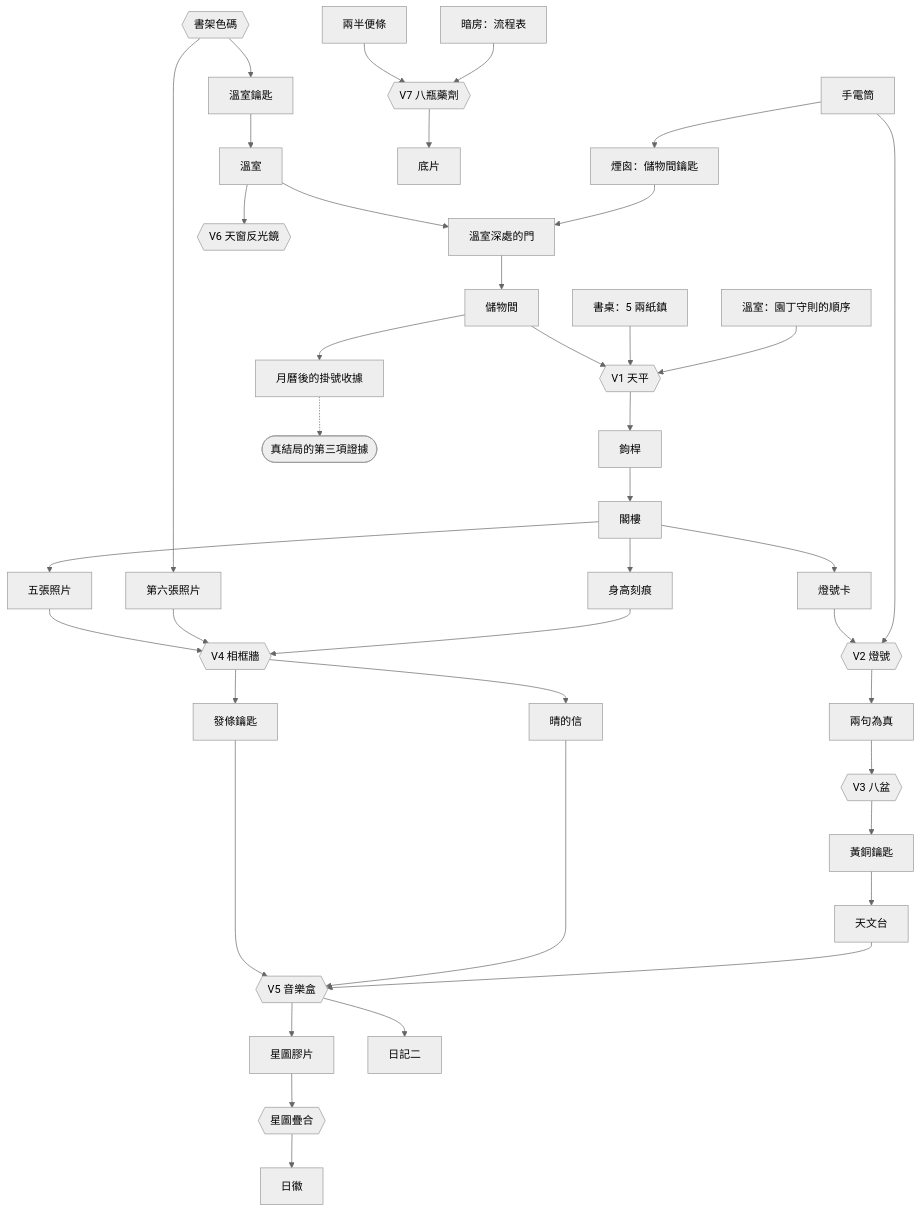
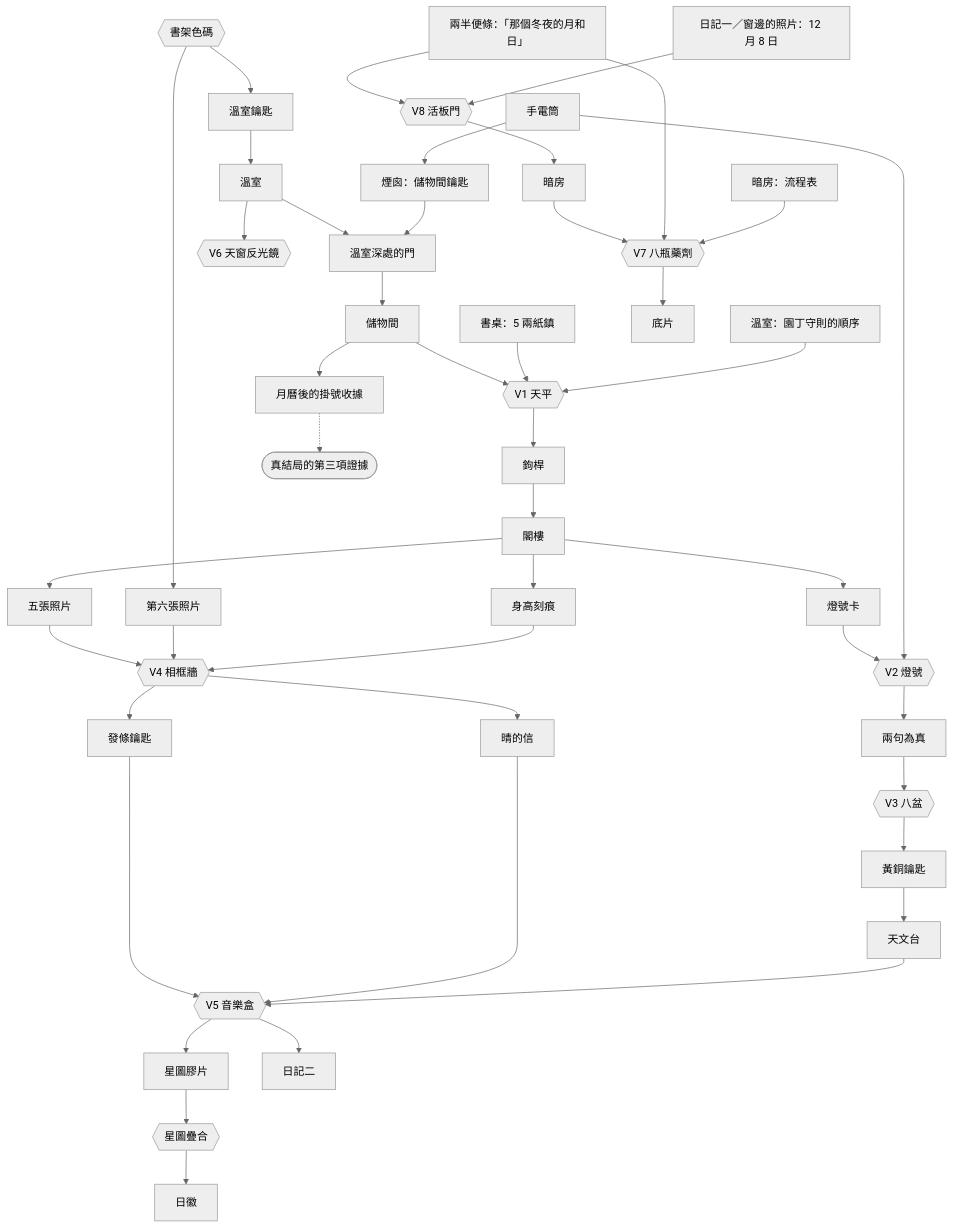
One commit to SteJ20996/Escape_Room changed the second of 2 diagrams in docs/DESIGN.md. Above: the diagram before and after it, drawn with Mermaid (neutral theme). The commit also changed other lines of this file and 14 other files, not shown here.

````diff
--- a/docs/DESIGN.md
+++ b/docs/DESIGN.md
@@ -235,19 +236,20 @@
 ```mermaid
 flowchart TD
   P1{{書架色碼}} --> KEY[溫室鑰匙] & PHE[第六張照片]
   COAT[手電筒] --> FIRE[煙囪：儲物間鑰匙]
   DESK[書桌：5 兩紙鎮]
   KEY --> GH[溫室] --> SD[溫室深處的門] --> ST[儲物間]
   FIRE --> SD
   ST --> BAL{{V1 天平}}
   DESK & RULES[溫室：園丁守則的順序] --> BAL --> POLE[鉤桿] --> ATTIC[閣樓]
   ATTIC --> CARD[燈號卡] & BOX[五張照片] & MARKS[身高刻痕]
   CARD & COAT --> SIG{{V2 燈號}} --> TRUE2[兩句為真]
   TRUE2 --> POTS{{V3 八盆}} --> BK[黃銅鑰匙] --> OBS[天文台]
   BOX & PHE & MARKS --> PH{{V4 相框牆}} --> CRANK[發條鑰匙] & QL[晴的信]
   CRANK & QL & OBS --> MB{{V5 音樂盒}} --> TR[星圖膠片] & D2[日記二]
   TR --> SAFE{{星圖疊合}} --> SUN[日徽]
   GH --> MIR{{V6 天窗反光鏡}}
-  NOTE[兩半便條] & CHART[暗房：流程表] --> DEV{{V7 八瓶藥劑}} --> PLATE[底片]
+  NOTE[兩半便條：「那個冬夜的月和日」] & DATE[日記一／窗邊的照片：12 月 8 日] --> TRAP{{V8 活板門}} --> DARK[暗房]
+  DARK & NOTE & CHART[暗房：流程表] --> DEV{{V7 八瓶藥劑}} --> PLATE[底片]
   ST --> CAL[月曆後的掛號收據] -.-> END([真結局的第三項證據])
 ```
````
